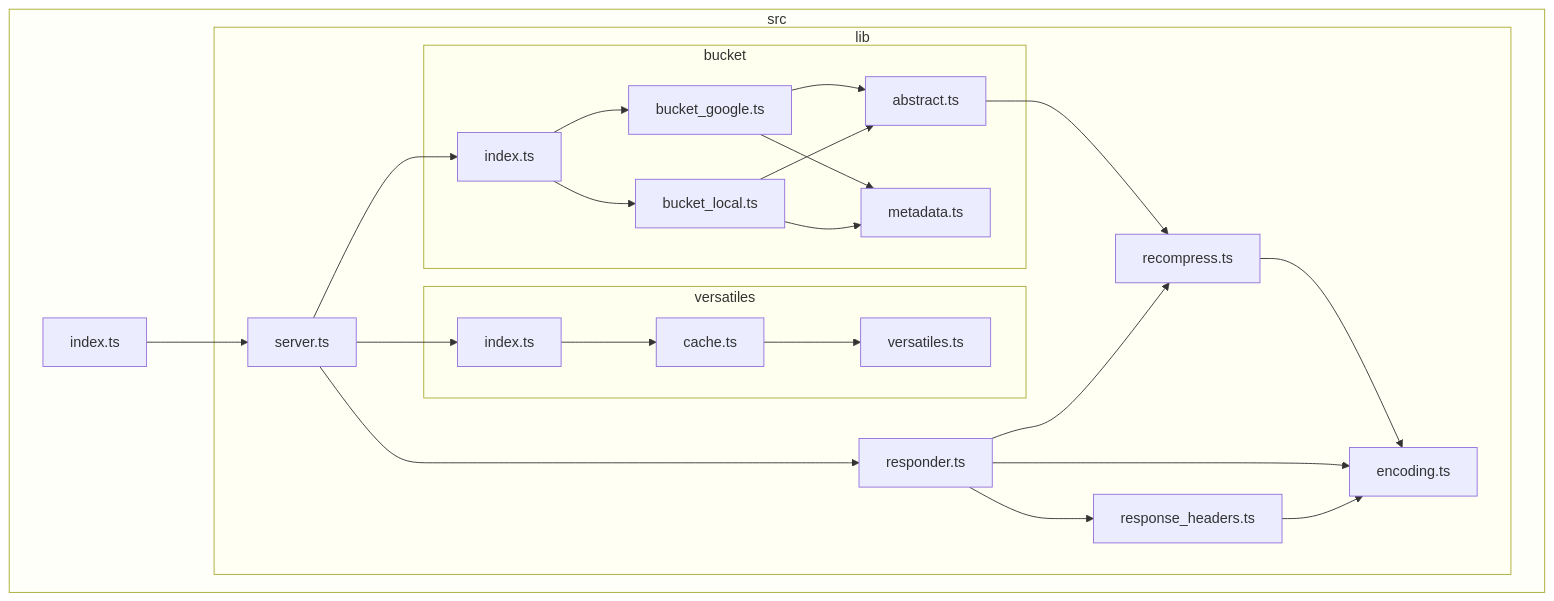
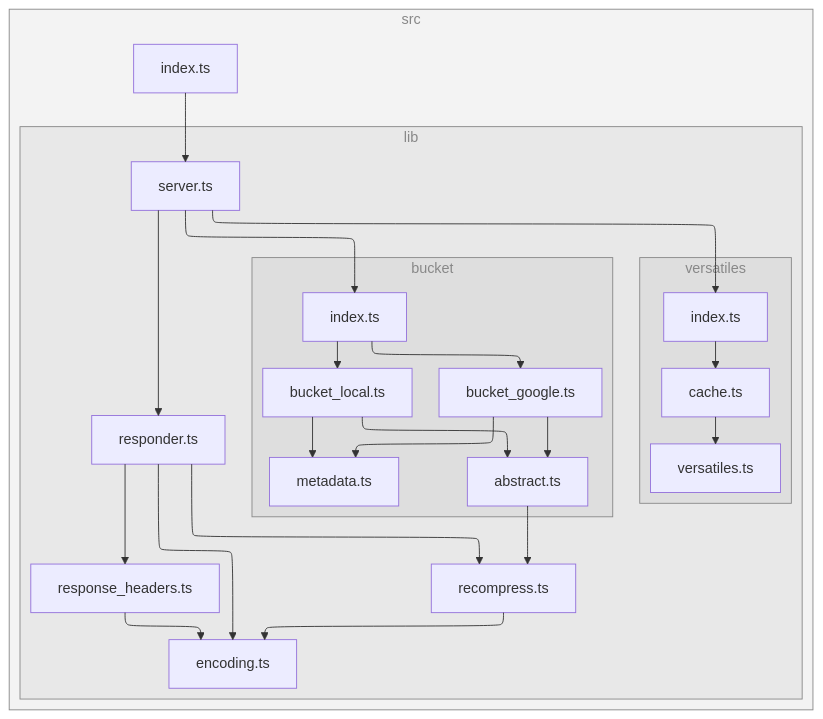
One commit to versatiles-org/node-versatiles-google-cloud changed the diagram in README.md. Above: the diagram before and after it, drawn with Mermaid.

Commit message:
docs: update mermaid diagram

````diff
--- a/README.md
+++ b/README.md
@@ -101,49 +101,51 @@
 ```mermaid
+---
+config:
+  layout: elk
+---
 flowchart TB
 
 subgraph 0["src"]
 1["index.ts"]
 subgraph 2["lib"]
 3["server.ts"]
 subgraph 4["bucket"]
 5["index.ts"]
 6["bucket_google.ts"]
 7["abstract.ts"]
 A["metadata.ts"]
 B["bucket_local.ts"]
 end
 8["recompress.ts"]
 9["encoding.ts"]
 C["responder.ts"]
 D["response_headers.ts"]
 subgraph E["versatiles"]
 F["index.ts"]
 G["cache.ts"]
 H["versatiles.ts"]
 end
 end
 end
 1-->3
 3-->5
 3-->C
 3-->F
 5-->6
 5-->B
 6-->7
 6-->A
 7-->8
 8-->9
 B-->7
 B-->A
 C-->9
 C-->8
 C-->D
 D-->9
 F-->G
 G-->H
 
-style 0 fill-opacity:0.2
-style 2 fill-opacity:0.2
-style 4 fill-opacity:0.2
-style E fill-opacity:0.2
+class 0,2,4,E subgraphs;
+classDef subgraphs fill-opacity:0.1, fill:#888, color:#888, stroke:#888;
 ```
````
